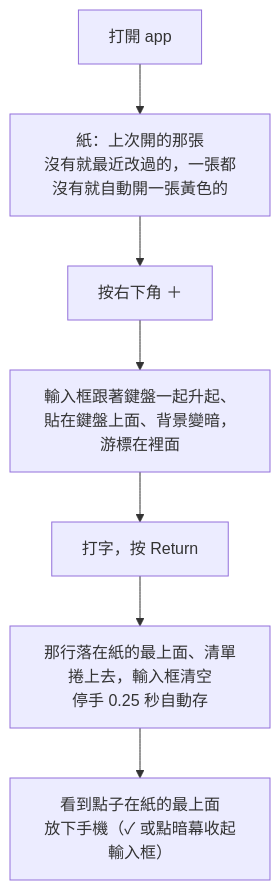
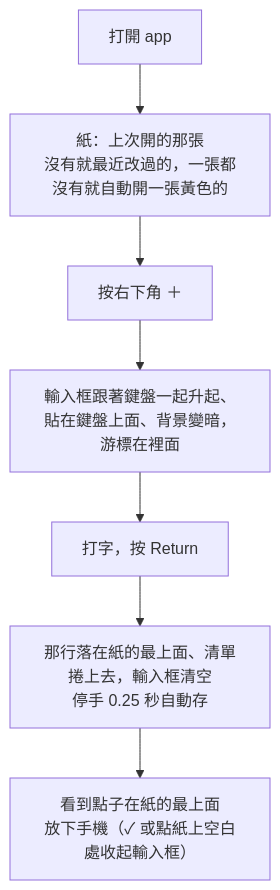
The first of 7 diagrams in .uiux/02-流程-暫定.md (domyweb666/qieji-app), drawn with Mermaid before and after one commit. The commit also changed other lines of this file and 9 other files, not shown here.

````diff
--- a/.uiux/02-流程-暫定.md
+++ b/.uiux/02-流程-暫定.md
@@ -43,9 +43,9 @@
 ```mermaid
 flowchart TD
   A[打開 app] --> B[紙：上次開的那張<br>沒有就最近改過的，一張都沒有就自動開一張黃色的]
   B --> C[按右下角 ＋]
   C --> D[輸入框跟著鍵盤一起升起、貼在鍵盤上面、背景變暗，游標在裡面]
   D --> E[打字，按 Return]
   E --> F[那行落在紙的最上面、清單捲上去，輸入框清空<br>停手 0.25 秒自動存]
-  F --> G[看到點子在紙的最上面<br>放下手機（✓ 或點暗幕收起輸入框）]
+  F --> G[看到點子在紙的最上面<br>放下手機（✓ 或點紙上空白處收起輸入框）]
 ```
````
